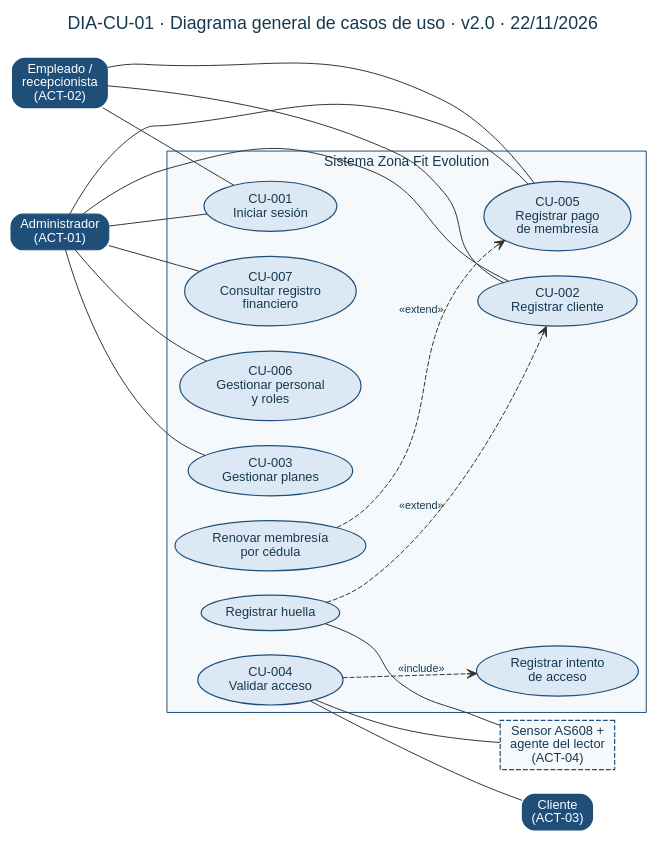
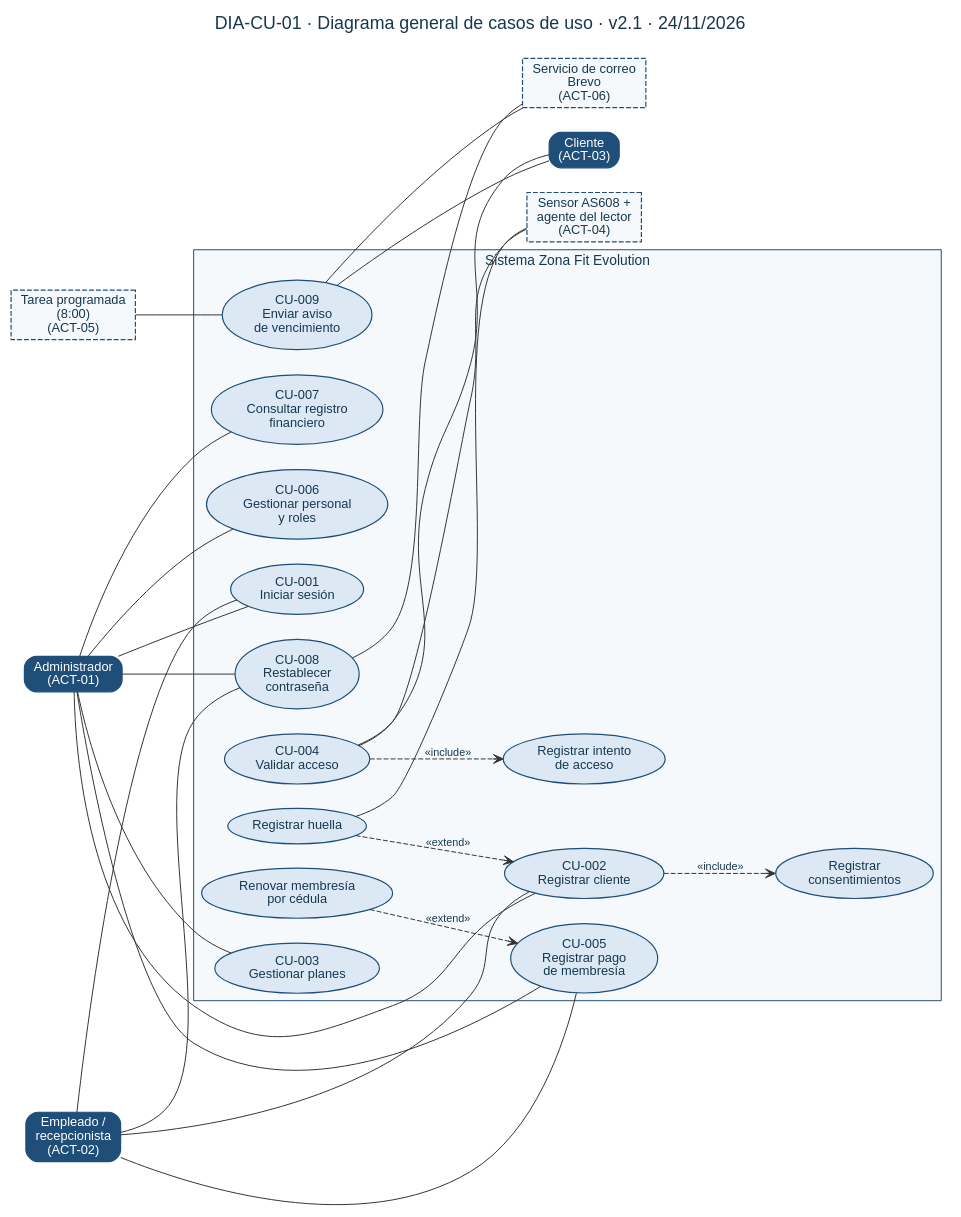
The diagram in docs/analisis/casos-uso/casos-de-uso.dot (zonafitevolutionSENA/ZonaFitEvolution03), drawn with Graphviz before and after one commit. The commit also changed 30 other files, not shown here.

First line of the commit message:
docs: documentar la recuperación de contraseña, el envío de correos y los avisos de vencimiento

```diff
--- a/docs/analisis/casos-uso/casos-de-uso.dot
+++ b/docs/analisis/casos-uso/casos-de-uso.dot
@@ -1,37 +1,45 @@
-// DIA-CU-01 · Diagrama general de casos de uso · v2.0 · 22/11/2026
-// CU-001 a CU-007 · ACT-01 a ACT-04. Mismo estilo que los diagramas Mermaid de docs/diagramas.
+// DIA-CU-01 · Diagrama general de casos de uso · v2.1 · 24/11/2026
+// CU-001 a CU-009 · ACT-01 a ACT-06. Mismo estilo que los diagramas Mermaid de docs/diagramas.
 // Regenerar: dot -Tpng -Gdpi=150 casos-de-uso.dot -o casos-de-uso.png
 digraph CasosDeUso {
   graph [rankdir=LR, fontname="Arial", fontsize=18, fontcolor="#16384F", labelloc=t, nodesep=0.35, ranksep=0.9,
-         label="DIA-CU-01 · Diagrama general de casos de uso · v2.0 · 22/11/2026\n ", bgcolor="white"];
+         label="DIA-CU-01 · Diagrama general de casos de uso · v2.1 · 24/11/2026\n ", bgcolor="white"];
   node  [fontname="Arial", fontsize=13, fontcolor="#16384F", color="#1F4E79", style=filled, fillcolor="#DCE9F5", penwidth=1.2];
   edge  [fontname="Arial", fontsize=11, fontcolor="#16384F", color="#333333", arrowhead=none];
 
   admin [label="Administrador\n(ACT-01)", shape=box, style="rounded,filled", fillcolor="#1F4E79", fontcolor="white"];
   emp   [label="Empleado /\nrecepcionista\n(ACT-02)", shape=box, style="rounded,filled", fillcolor="#1F4E79", fontcolor="white"];
   cli   [label="Cliente\n(ACT-03)", shape=box, style="rounded,filled", fillcolor="#1F4E79", fontcolor="white"];
   sensor [label="Sensor AS608 +\nagente del lector\n(ACT-04)", shape=box, style="dashed,filled", fillcolor="#F5F9FC"];
+  tarea [label="Tarea programada\n(8:00)\n(ACT-05)", shape=box, style="dashed,filled", fillcolor="#F5F9FC"];
+  brevo [label="Servicio de correo\nBrevo\n(ACT-06)", shape=box, style="dashed,filled", fillcolor="#F5F9FC"];
 
   subgraph cluster_sis {
     label="Sistema Zona Fit Evolution"; fontsize=14; color="#1F4E79"; style=filled; fillcolor="#F5F9FC";
     cu1 [label="CU-001\nIniciar sesión", shape=ellipse];
     cu6 [label="CU-006\nGestionar personal\ny roles", shape=ellipse];
     cu3 [label="CU-003\nGestionar planes", shape=ellipse];
     cu7 [label="CU-007\nConsultar registro\nfinanciero", shape=ellipse];
     cu5 [label="CU-005\nRegistrar pago\nde membresía", shape=ellipse];
     ren [label="Renovar membresía\npor cédula", shape=ellipse];
     cu2 [label="CU-002\nRegistrar cliente", shape=ellipse];
     hue [label="Registrar huella", shape=ellipse];
     cu4 [label="CU-004\nValidar acceso", shape=ellipse];
     reg [label="Registrar intento\nde acceso", shape=ellipse];
+    cu8 [label="CU-008\nRestablecer\ncontraseña", shape=ellipse];
+    cu9 [label="CU-009\nEnviar aviso\nde vencimiento", shape=ellipse];
+    con [label="Registrar\nconsentimientos", shape=ellipse];
   }
 
   admin -> cu1; admin -> cu6; admin -> cu3; admin -> cu7; admin -> cu5; admin -> cu2;
   emp -> cu1; emp -> cu5; emp -> cu2;
+  admin -> cu8; emp -> cu8;
+  tarea -> cu9; cu9 -> cli [dir=none]; cu8 -> brevo; cu9 -> brevo;
+  cu2 -> con [style=dashed, arrowhead=vee, label="«include»"];
   cu4 -> cli [dir=none];
   hue -> sensor; cu4 -> sensor;
   ren -> cu5 [style=dashed, arrowhead=vee, label="«extend»"];
   hue -> cu2 [style=dashed, arrowhead=vee, label="«extend»"];
   cu4 -> reg [style=dashed, arrowhead=vee, label="«include»"];
-  {rank=same; cli; sensor}
+  {rank=same; cli; sensor; brevo}
 }
```
